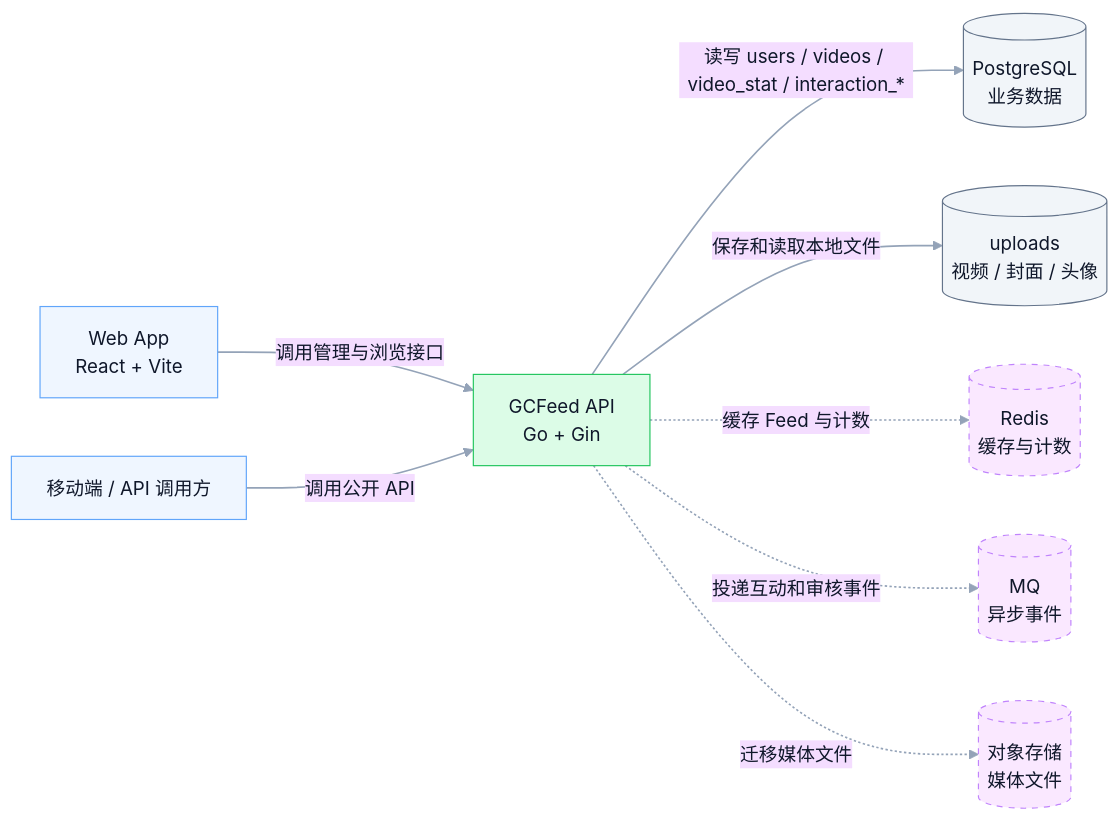
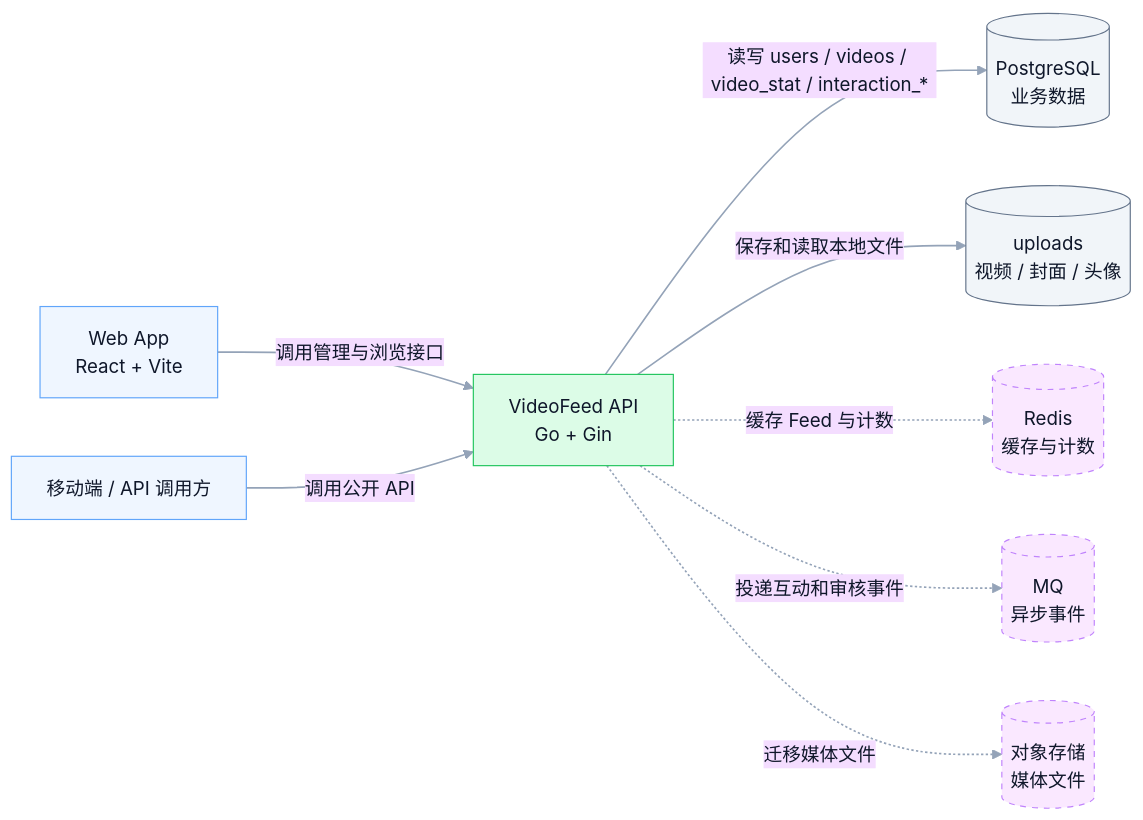
Before and after one commit to Inumoroha/VideoFeed: the first of 5 diagrams in docs/architecture.md, drawn with Mermaid. The commit also changed other lines of this file and 2 other files, not shown here.

````diff
--- a/docs/architecture.md
+++ b/docs/architecture.md
@@ -9,43 +9,43 @@
 ```mermaid
 ---
 config:
   theme: base
   layout: dagre
   themeVariables:
     background: transparent
     fontFamily: Inter, PingFang SC, Microsoft YaHei, Arial
     primaryTextColor: "#0F172A"
     lineColor: "#94A3B8"
     clusterBkg: "#F8FAFC"
     clusterBorder: "#CBD5E1"
 ---
 flowchart LR
-  %% GCFeed MVP system context
+  %% VideoFeed MVP system context
   classDef client fill:#EFF6FF,stroke:#60A5FA,color:#0F172A,stroke-width:1px;
   classDef system fill:#DCFCE7,stroke:#22C55E,color:#0F172A,stroke-width:1px;
   classDef store fill:#F1F5F9,stroke:#64748B,color:#0F172A,stroke-width:1px;
   classDef future fill:#FAE8FF,stroke:#C084FC,color:#0F172A,stroke-width:1px,stroke-dasharray:5 5;
 
   Web["Web App<br/>React + Vite"]
   Client["移动端 / API 调用方"]
-  API["GCFeed API<br/>Go + Gin"]
+  API["VideoFeed API<br/>Go + Gin"]
   PostgreSQL[("PostgreSQL<br/>业务数据")]
   Uploads[("uploads<br/>视频 / 封面 / 头像")]
   Redis[("Redis<br/>缓存与计数")]
   MQ[("MQ<br/>异步事件")]
   ObjectStorage[("对象存储<br/>媒体文件")]
 
   Web -->|"调用管理与浏览接口"| API
   Client -->|"调用公开 API"| API
   API -->|"读写 users / videos / video_stat / interaction_*"| PostgreSQL
   API -->|"保存和读取本地文件"| Uploads
   API -.->|"缓存 Feed 与计数"| Redis
   API -.->|"投递互动和审核事件"| MQ
   API -.->|"迁移媒体文件"| ObjectStorage
 
   class Web,Client client;
   class API system;
   class PostgreSQL,Uploads store;
   class Redis,MQ,ObjectStorage future;
   linkStyle default stroke:#94A3B8,stroke-width:1.4px
 ```
````
